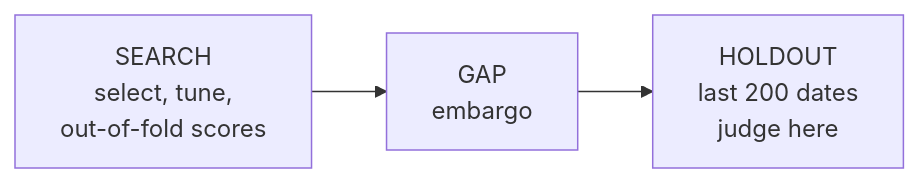
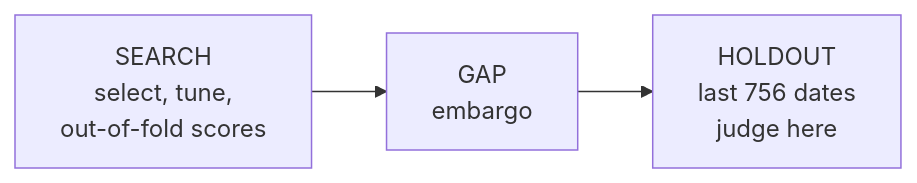
The second of 17 diagrams in docs/methodology.md (qlemoal/quant_alpha_lab), drawn with Mermaid before and after one commit. The commit also changed other lines of this file and 55 other files, not shown here.

````diff
--- a/docs/methodology.md
+++ b/docs/methodology.md
@@ -52,4 +52,4 @@
 ```mermaid
 flowchart LR
-    S["SEARCH<br/>select, tune,<br/>out-of-fold scores"] --> G["GAP<br/>embargo"] --> H["HOLDOUT<br/>last 200 dates<br/>judge here"]
+    S["SEARCH<br/>select, tune,<br/>out-of-fold scores"] --> G["GAP<br/>embargo"] --> H["HOLDOUT<br/>last 756 dates<br/>judge here"]
 ```
````
